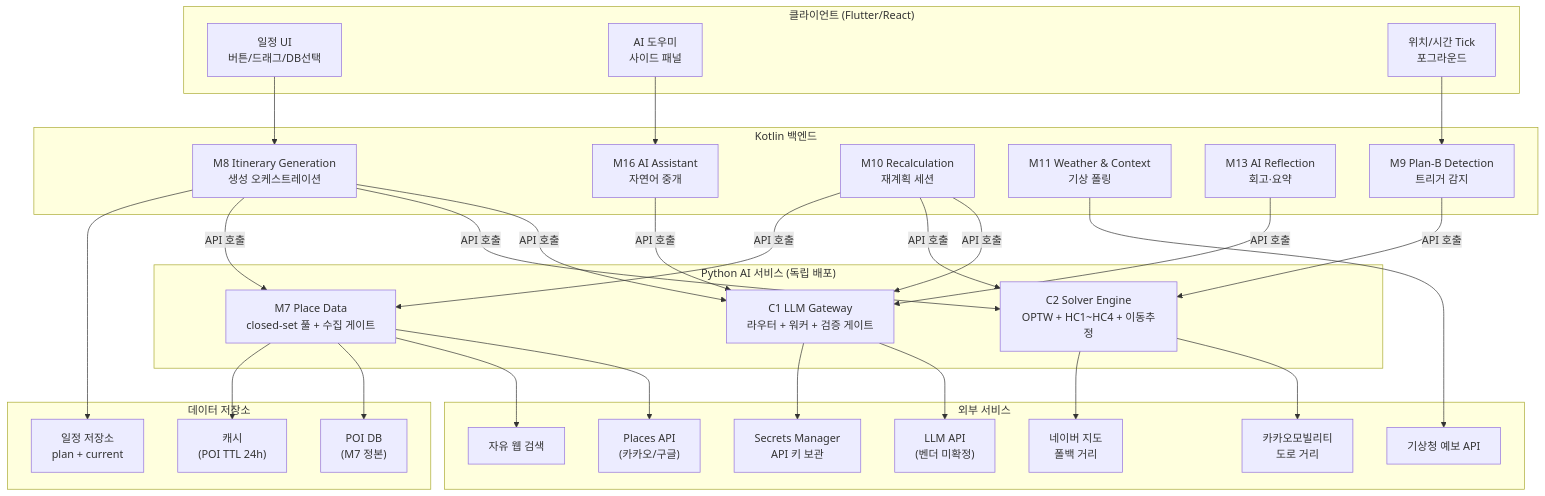
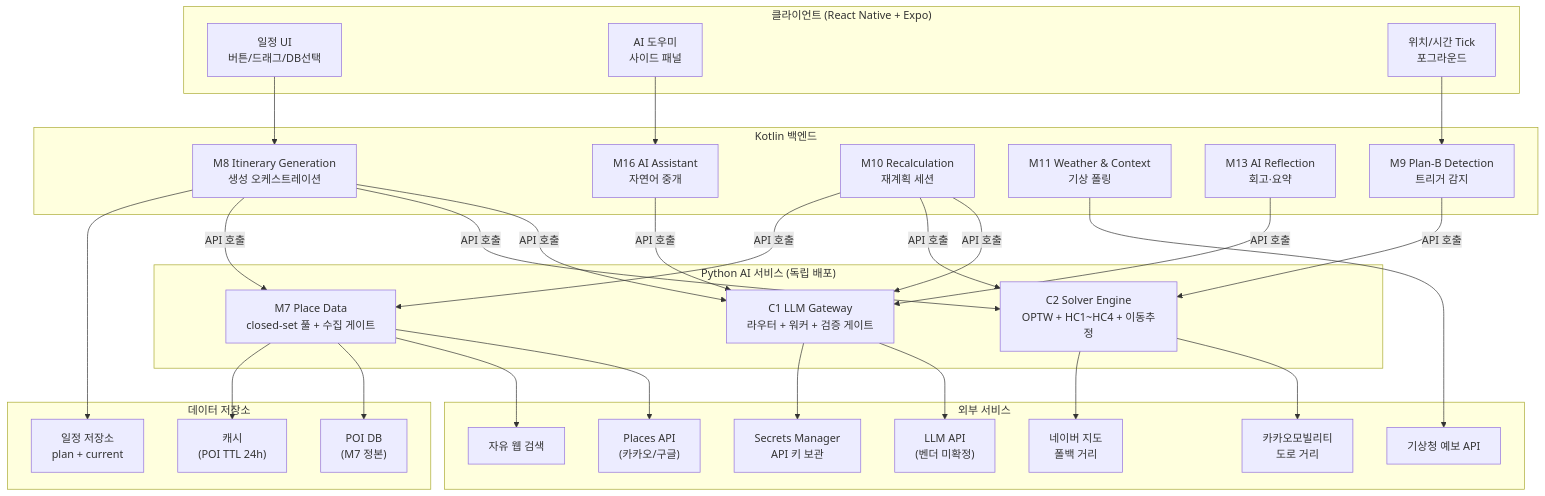
Before and after one commit to ASM-TripPilot/trippilot: the first of 2 diagrams in ai/aidlc-docs/inception/reverse-engineering/architecture.md, drawn with Mermaid. The commit also changed 32 other files, not shown here.

````diff
--- a/ai/aidlc-docs/inception/reverse-engineering/architecture.md
+++ b/ai/aidlc-docs/inception/reverse-engineering/architecture.md
@@ -9,64 +9,64 @@
 ```mermaid
 flowchart TD
-    subgraph Client["클라이언트 (Flutter/React)"]
+    subgraph Client["클라이언트 (React Native + Expo)"]
         UI["일정 UI\n버튼/드래그/DB선택"]
         CHAT["AI 도우미\n사이드 패널"]
         LOC["위치/시간 Tick\n포그라운드"]
     end
 
     subgraph KotlinBE["Kotlin 백엔드"]
         M8["M8 Itinerary Generation\n생성 오케스트레이션"]
         M9["M9 Plan-B Detection\n트리거 감지"]
         M10["M10 Recalculation\n재계획 세션"]
         M11["M11 Weather & Context\n기상 폴링"]
         M13["M13 AI Reflection\n회고·요약"]
         M16["M16 AI Assistant\n자연어 중개"]
     end
 
     subgraph PythonAI["Python AI 서비스 (독립 배포)"]
         C1["C1 LLM Gateway\n라우터 + 워커 + 검증 게이트"]
         C2["C2 Solver Engine\nOPTW + HC1~HC4 + 이동추정"]
         M7["M7 Place Data\nclosed-set 풀 + 수집 게이트"]
     end
 
     subgraph External["외부 서비스"]
         LLM["LLM API\n(벤더 미확정)"]
         KAKAO["카카오모빌리티\n도로 거리"]
         NAVER["네이버 지도\n폴백 거리"]
         PLACES["Places API\n(카카오/구글)"]
         WEB["자유 웹 검색"]
         WEATHER["기상청 예보 API"]
         SM["Secrets Manager\nAPI 키 보관"]
     end
 
     subgraph DataStore["데이터 저장소"]
         DB["POI DB\n(M7 정본)"]
         ITIN["일정 저장소\nplan + current"]
         CACHE["캐시\n(POI TTL 24h)"]
     end
 
     UI --> M8
     CHAT --> M16
     LOC --> M9
 
     M16 -->|"API 호출"| C1
     M8 -->|"API 호출"| C1
     M8 -->|"API 호출"| C2
     M8 -->|"API 호출"| M7
     M9 -->|"API 호출"| C2
     M10 -->|"API 호출"| C1
     M10 -->|"API 호출"| C2
     M10 -->|"API 호출"| M7
     M13 -->|"API 호출"| C1
     M11 --> WEATHER
 
     C1 --> LLM
     C1 --> SM
     C2 --> KAKAO
     C2 --> NAVER
     M7 --> PLACES
     M7 --> WEB
     M7 --> DB
     M7 --> CACHE
     M8 --> ITIN
 ```
````
